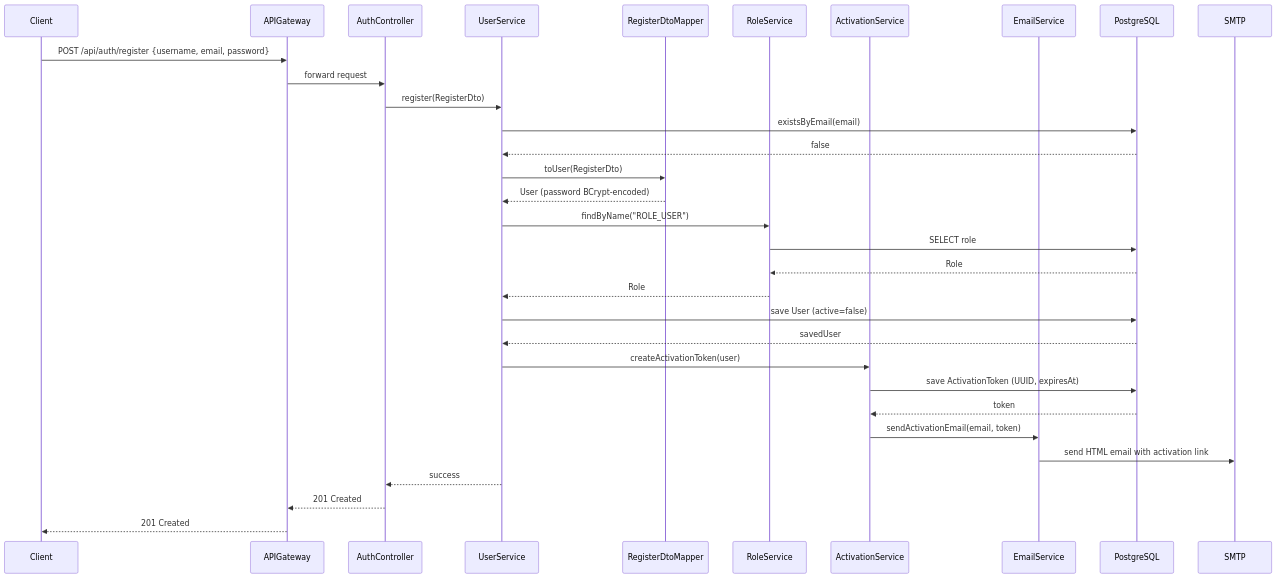
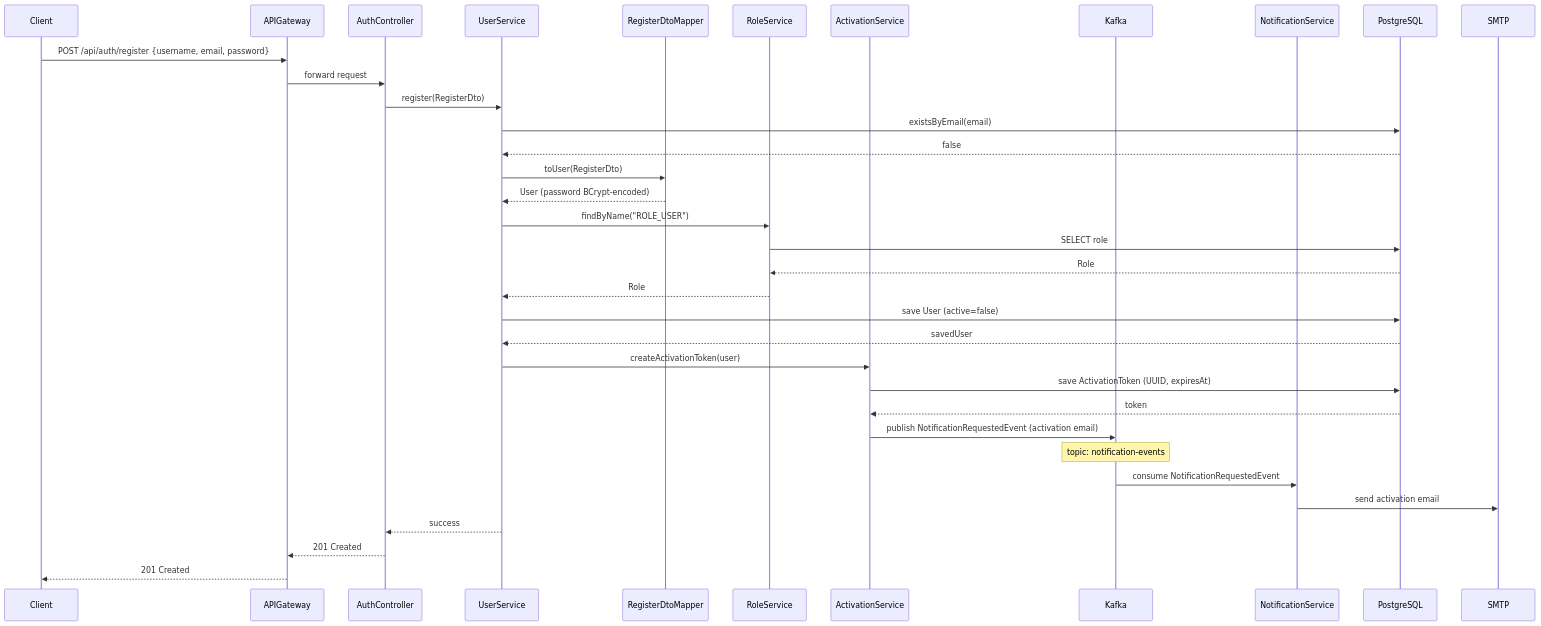
The fourth of 24 diagrams in docs/system-design-mermaid-diagrams-all-services-flows.md (namnd0312/ms-cinema), drawn with Mermaid before and after one commit. The commit also changed other lines of this file, not shown here.

````diff
--- a/docs/system-design-mermaid-diagrams-all-services-flows.md
+++ b/docs/system-design-mermaid-diagrams-all-services-flows.md
@@ -210,41 +228,44 @@
 ```mermaid
 sequenceDiagram
     participant Client
     participant APIGateway
     participant AuthController
     participant UserService
     participant RegisterDtoMapper
     participant RoleService
     participant ActivationService
-    participant EmailService
+    participant Kafka
+    participant NotificationService
     participant PostgreSQL
     participant SMTP
 
     Client->>APIGateway: POST /api/auth/register {username, email, password}
     APIGateway->>AuthController: forward request
     AuthController->>UserService: register(RegisterDto)
     UserService->>PostgreSQL: existsByEmail(email)
     PostgreSQL-->>UserService: false
 
     UserService->>RegisterDtoMapper: toUser(RegisterDto)
     RegisterDtoMapper-->>UserService: User (password BCrypt-encoded)
 
     UserService->>RoleService: findByName("ROLE_USER")
     RoleService->>PostgreSQL: SELECT role
     PostgreSQL-->>RoleService: Role
     RoleService-->>UserService: Role
 
     UserService->>PostgreSQL: save User (active=false)
     PostgreSQL-->>UserService: savedUser
 
     UserService->>ActivationService: createActivationToken(user)
     ActivationService->>PostgreSQL: save ActivationToken (UUID, expiresAt)
     PostgreSQL-->>ActivationService: token
 
-    ActivationService->>EmailService: sendActivationEmail(email, token)
-    EmailService->>SMTP: send HTML email with activation link
+    ActivationService->>Kafka: publish NotificationRequestedEvent (activation email)
+    Note over Kafka: topic: notification-events
+    Kafka->>NotificationService: consume NotificationRequestedEvent
+    NotificationService->>SMTP: send activation email
 
     UserService-->>AuthController: success
     AuthController-->>APIGateway: 201 Created
     APIGateway-->>Client: 201 Created
 ```
````
